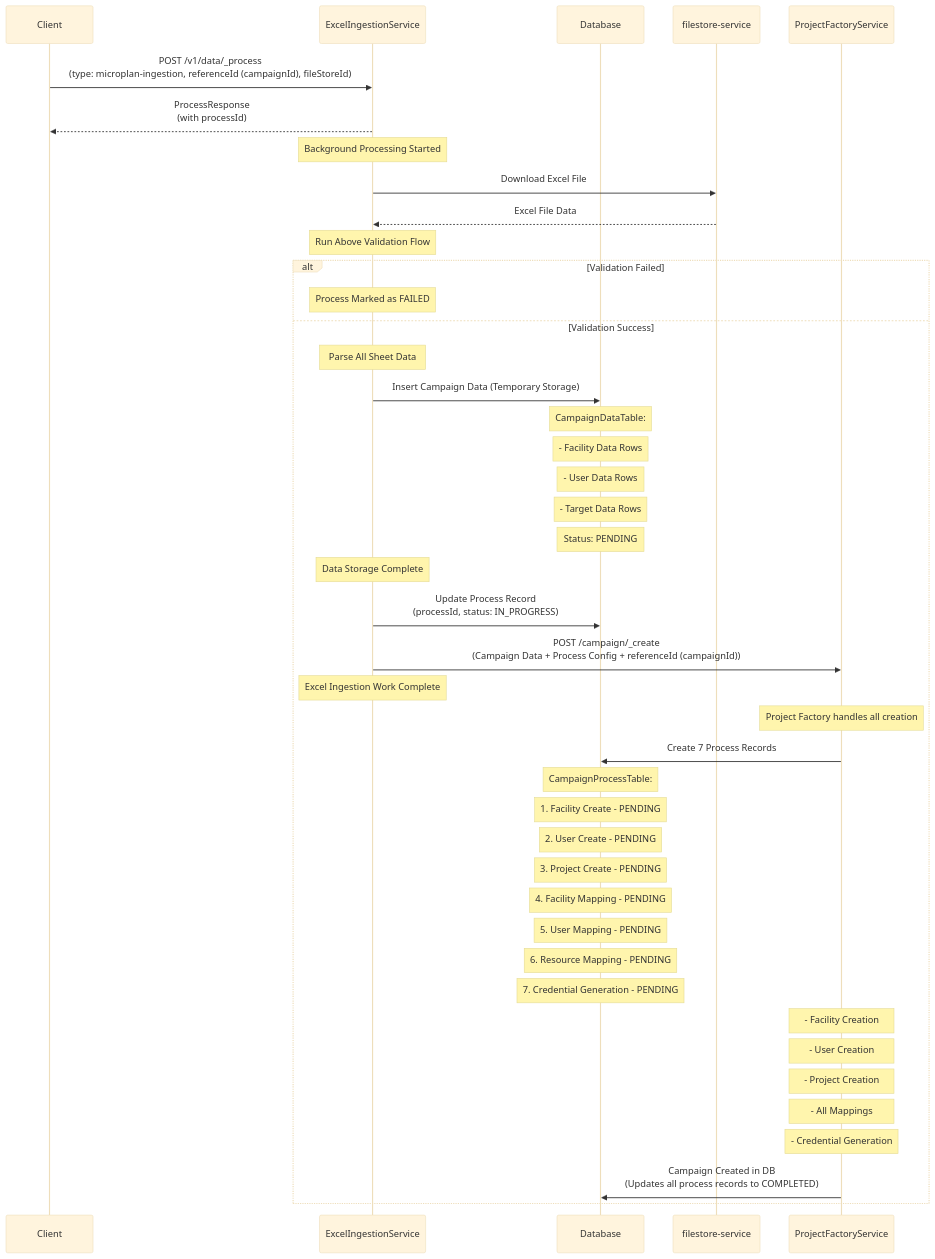
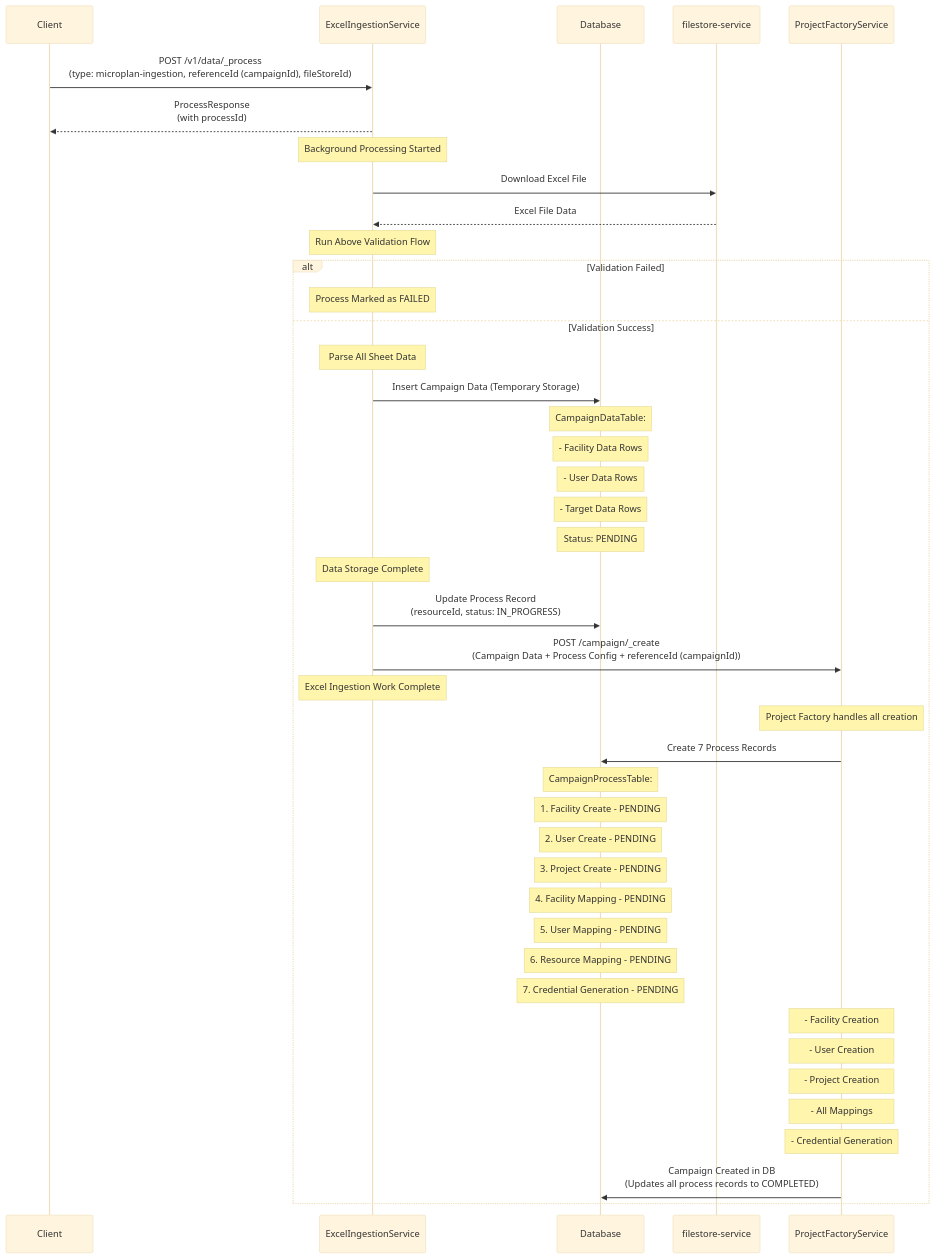
One commit to ashish-egov/campaign-whole-sheet-ingestion changed the third of 5 diagrams in tempDesign.md. Above: the diagram before and after it, drawn with Mermaid (base theme). The commit also changed other lines of this file, not shown here.

````diff
--- a/tempDesign.md
+++ b/tempDesign.md
@@ -89,59 +89,59 @@
 ```mermaid
 sequenceDiagram
     participant Client
     participant ExcelIngestionService
     participant Database
     participant filestore-service
     participant ProjectFactoryService
     
     Client->>ExcelIngestionService: POST /v1/data/_process<br/>(type: microplan-ingestion, referenceId (campaignId), fileStoreId)
     
     ExcelIngestionService-->>Client: ProcessResponse<br/>(with processId)
     
     Note over ExcelIngestionService: Background Processing Started
     
     ExcelIngestionService->>filestore-service: Download Excel File
     filestore-service-->>ExcelIngestionService: Excel File Data
     
     Note over ExcelIngestionService: Run Above Validation Flow
     
     alt Validation Failed
         Note over ExcelIngestionService: Process Marked as FAILED
     else Validation Success
     
         Note over ExcelIngestionService: Parse All Sheet Data
         
         ExcelIngestionService->>Database: Insert Campaign Data (Temporary Storage)
         Note over Database: CampaignDataTable:
         Note over Database: - Facility Data Rows
         Note over Database: - User Data Rows  
         Note over Database: - Target Data Rows
         Note over Database: Status: PENDING
         
         Note over ExcelIngestionService: Data Storage Complete
-        ExcelIngestionService->>Database: Update Process Record<br/>(processId, status: IN_PROGRESS)
+        ExcelIngestionService->>Database: Update Process Record<br/>(resourceId, status: IN_PROGRESS)
         
         ExcelIngestionService->>ProjectFactoryService: POST /campaign/_create<br/>(Campaign Data + Process Config + referenceId (campaignId))
         
         Note over ExcelIngestionService: Excel Ingestion Work Complete
         
         Note over ProjectFactoryService: Project Factory handles all creation
         ProjectFactoryService->>Database: Create 7 Process Records
         Note over Database: CampaignProcessTable:
         Note over Database: 1. Facility Create - PENDING
         Note over Database: 2. User Create - PENDING
         Note over Database: 3. Project Create - PENDING
         Note over Database: 4. Facility Mapping - PENDING
         Note over Database: 5. User Mapping - PENDING
         Note over Database: 6. Resource Mapping - PENDING
         Note over Database: 7. Credential Generation - PENDING
         
         Note over ProjectFactoryService: - Facility Creation
         Note over ProjectFactoryService: - User Creation  
         Note over ProjectFactoryService: - Project Creation
         Note over ProjectFactoryService: - All Mappings
         Note over ProjectFactoryService: - Credential Generation
         
         ProjectFactoryService->>Database: Campaign Created in DB<br/>(Updates all process records to COMPLETED)
     end
 ```
````
